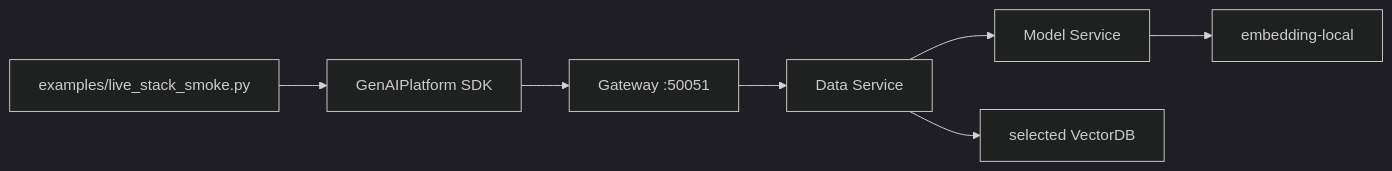
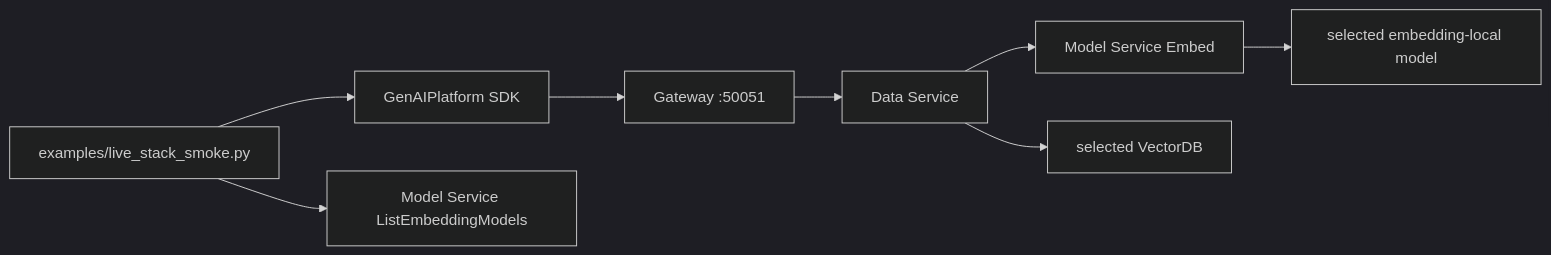
One commit to espseongsm/rag-suite changed the second of 2 diagrams in README.md. Above: the diagram before and after it, drawn with Mermaid (dark theme). The commit also changed other lines of this file and 4 other files, not shown here.

Commit message:
Resolve live smoke embedding model from service

````diff
--- a/README.md
+++ b/README.md
@@ -242,9 +252,10 @@
 ```mermaid
 flowchart LR
     Script["examples/live_stack_smoke.py"] --> SDK["GenAIPlatform SDK"]
     SDK --> Gateway["Gateway :50051"]
     Gateway --> Data["Data Service"]
-    Data --> Models["Model Service"]
-    Models --> Embedding["embedding-local"]
+    Script --> ModelsList["Model Service ListEmbeddingModels"]
+    Data --> Models["Model Service Embed"]
+    Models --> Embedding["selected embedding-local model"]
     Data --> VectorDB["selected VectorDB"]
 ```
````
